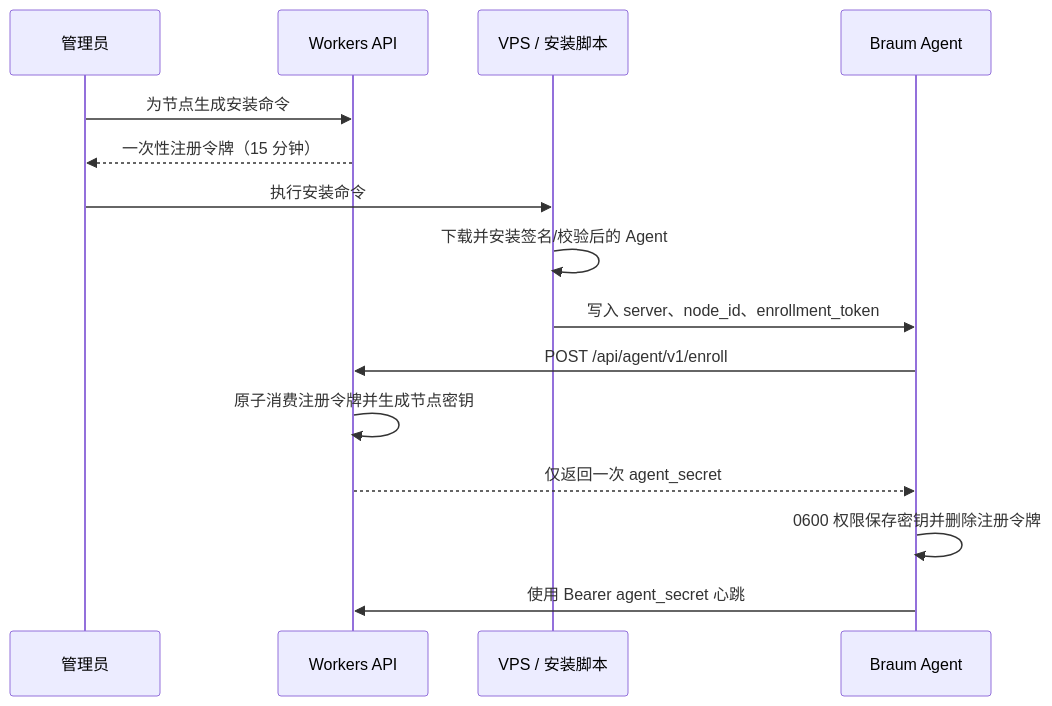
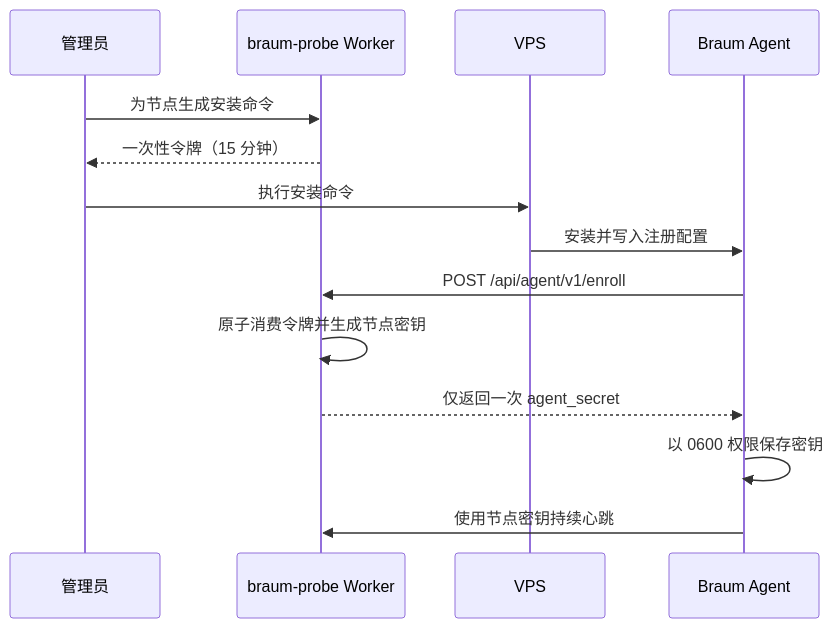
Before and after one commit to elite-silab/braum-probe: the second of 2 diagrams in docs/架构设计文档.md, drawn with Mermaid. The commit also changed other lines of this file and 90 other files, not shown here.

````diff
--- a/docs/架构设计文档.md
+++ b/docs/架构设计文档.md
@@ -61,18 +63,16 @@
 ```mermaid
 sequenceDiagram
     participant A as 管理员
-    participant W as Workers API
-    participant V as VPS / 安装脚本
+    participant W as braum-probe Worker
+    participant V as VPS
     participant G as Braum Agent
-
     A->>W: 为节点生成安装命令
-    W-->>A: 一次性注册令牌（15 分钟）
+    W-->>A: 一次性令牌（15 分钟）
     A->>V: 执行安装命令
-    V->>V: 下载并安装签名/校验后的 Agent
-    V->>G: 写入 server、node_id、enrollment_token
+    V->>G: 安装并写入注册配置
     G->>W: POST /api/agent/v1/enroll
-    W->>W: 原子消费注册令牌并生成节点密钥
+    W->>W: 原子消费令牌并生成节点密钥
     W-->>G: 仅返回一次 agent_secret
-    G->>G: 0600 权限保存密钥并删除注册令牌
-    G->>W: 使用 Bearer agent_secret 心跳
+    G->>G: 以 0600 权限保存密钥
+    G->>W: 使用节点密钥持续心跳
 ```
````
